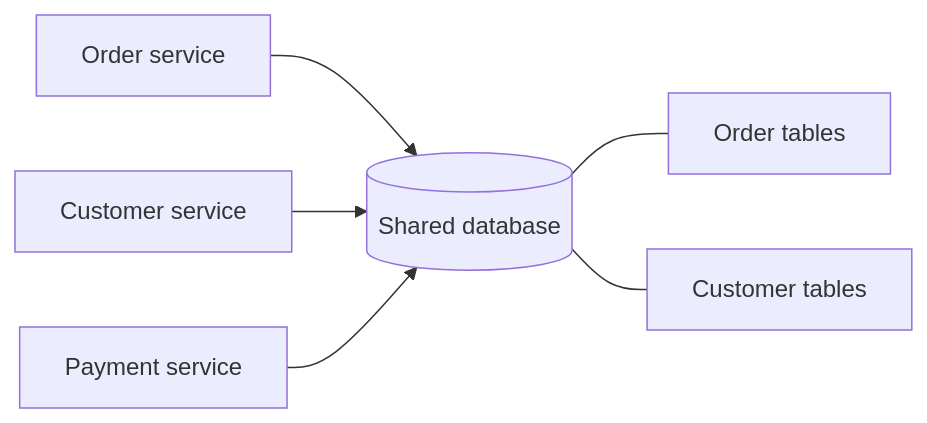
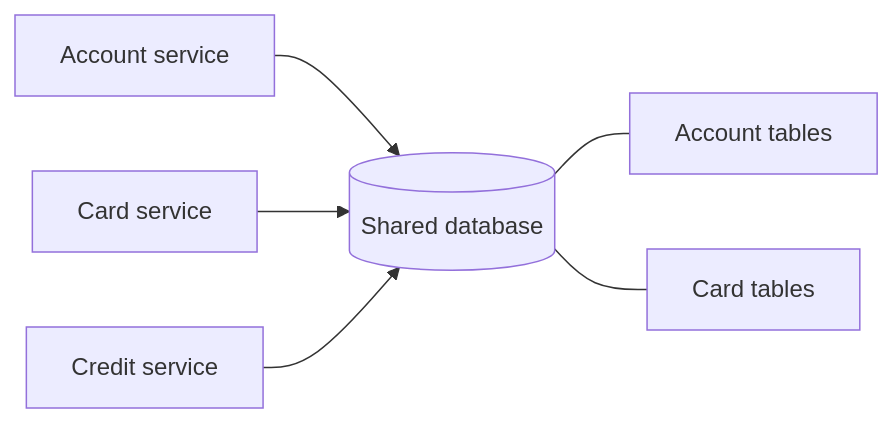
Before and after one commit to alancesar/design-patterns: the diagram in i18n/en/docusaurus-plugin-content-docs/current/architecture/microservices/service-collaboration/shared-database.md, drawn with Mermaid. The commit also changed other lines of this file and 27 other files, not shown here.

Commit message:
Switch microservices concrete diagrams to fintech scenarios

````diff
--- a/i18n/en/docusaurus-plugin-content-docs/current/architecture/microservices/service-collaboration/shared-database.md
+++ b/i18n/en/docusaurus-plugin-content-docs/current/architecture/microservices/service-collaboration/shared-database.md
@@ -54,8 +54,8 @@
 ```mermaid
 flowchart LR
-    OS["Order service"] --> DB[("Shared database")]
-    CS["Customer service"] --> DB
-    PS["Payment service"] --> DB
-    DB --- T1["Order tables"]
-    DB --- T2["Customer tables"]
+    ACC["Account service"] --> DB[("Shared database")]
+    CS["Card service"] --> DB
+    LS["Credit service"] --> DB
+    DB --- T1["Account tables"]
+    DB --- T2["Card tables"]
 ```
````
